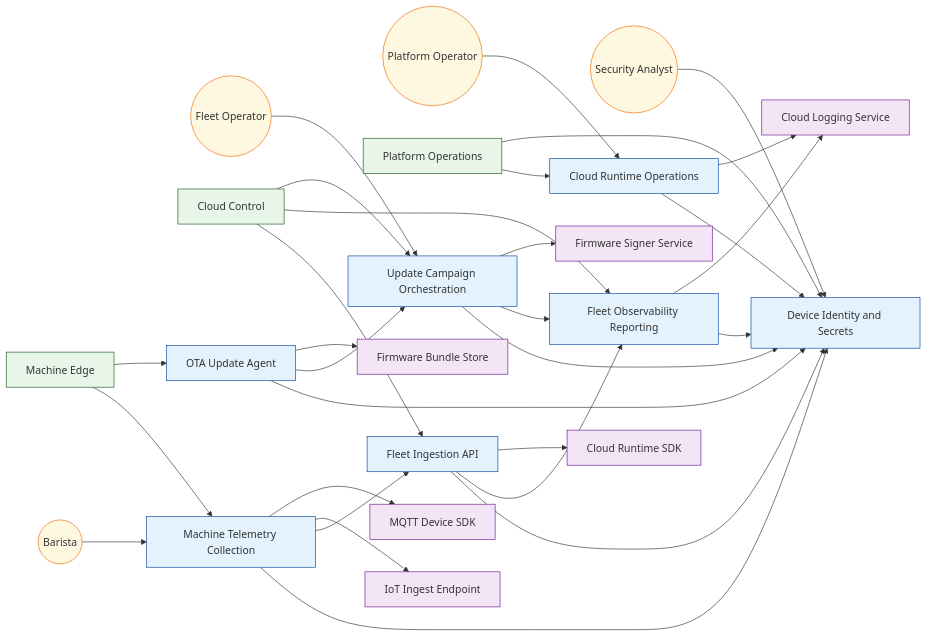
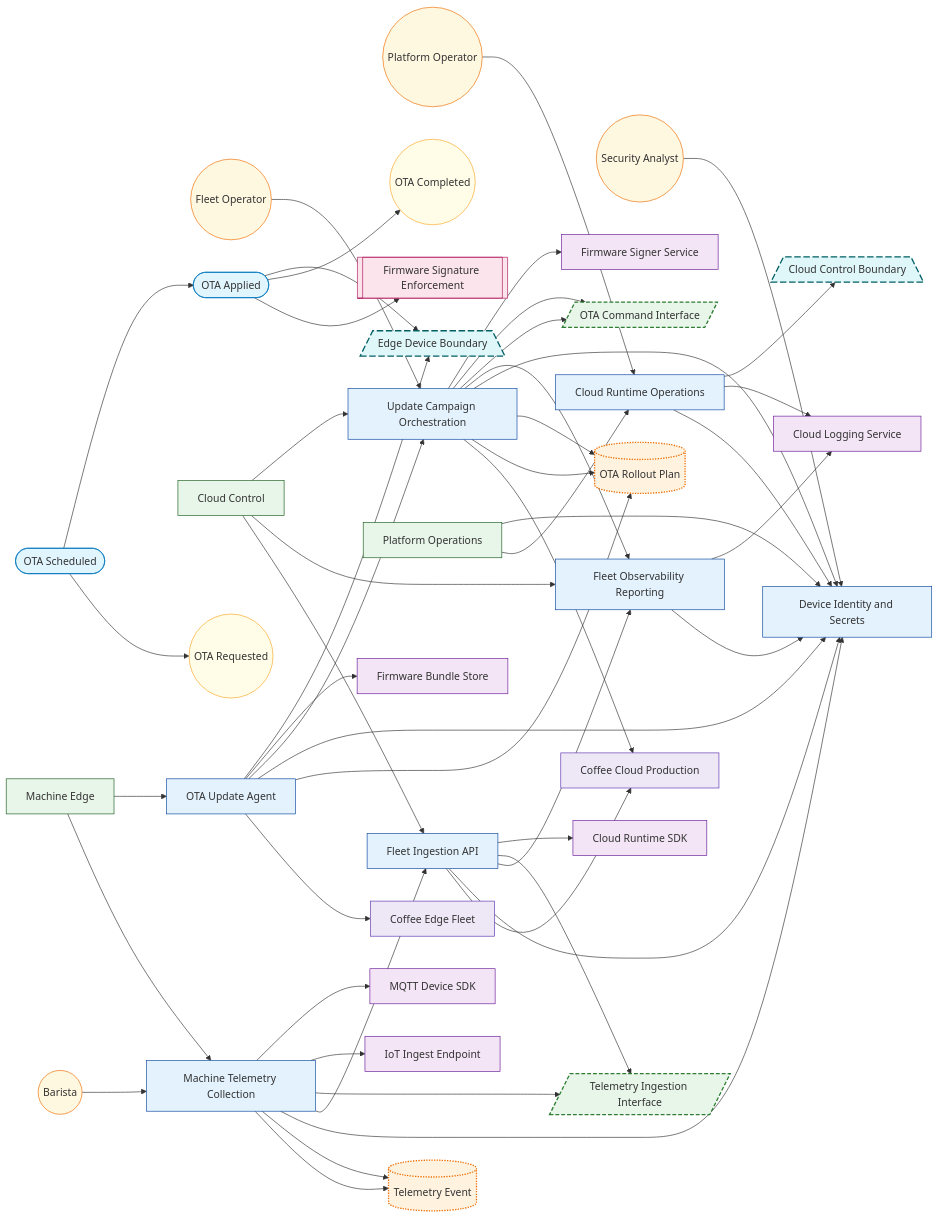
The diagram in examples/coffee-fleet-ota-cloud-sample/generated/VIEW-ARCHITECTURE-INTENT.mmd (labeth/engineering-model-go), drawn with Mermaid before and after one commit. The commit also changed 66 other files, not shown here.

```diff
--- a/examples/coffee-fleet-ota-cloud-sample/generated/VIEW-ARCHITECTURE-INTENT.mmd
+++ b/examples/coffee-fleet-ota-cloud-sample/generated/VIEW-ARCHITECTURE-INTENT.mmd
@@ -1,65 +1,97 @@
 flowchart LR
 %% view: VIEW-ARCHITECTURE-INTENT (architecture-intent)
 N_ACT_BARISTA(("Barista")):::actor
 N_ACT_FLEET_OPERATOR(("Fleet Operator")):::actor
 N_ACT_PLATFORM_OPERATOR(("Platform Operator")):::actor
 N_ACT_SECURITY_ANALYST(("Security Analyst")):::actor
+N_CTRL_COFFEE_FIRMWARE_SIGNATURE[["Firmware Signature Enforcement"]]:::control
+N_DO_COFFEE_OTA_PLAN[("OTA Rollout Plan")]:::data_object
+N_DO_COFFEE_TELEMETRY_EVENT[("Telemetry Event")]:::data_object
+N_DEP_COFFEE_CLOUD_PROD["Coffee Cloud Production"]:::deployment_target
+N_DEP_COFFEE_EDGE_FLEET["Coffee Edge Fleet"]:::deployment_target
+N_EVT_COFFEE_OTA_COMPLETED(("OTA Completed")):::event
+N_EVT_COFFEE_OTA_REQUESTED(("OTA Requested")):::event
 N_FG_CLOUD_CONTROL["Cloud Control"]:::functional_group
 N_FG_MACHINE_EDGE["Machine Edge"]:::functional_group
 N_FG_PLATFORM_OPERATIONS["Platform Operations"]:::functional_group
 N_FU_CLOUD_RUNTIME_OPERATIONS["Cloud Runtime Operations"]:::functional_unit
 N_FU_DEVICE_IDENTITY_SECRETS["Device Identity and Secrets"]:::functional_unit
 N_FU_FLEET_INGESTION_API["Fleet Ingestion API"]:::functional_unit
 N_FU_FLEET_OBSERVABILITY_REPORTING["Fleet Observability Reporting"]:::functional_unit
 N_FU_MACHINE_TELEMETRY_COLLECTION["Machine Telemetry Collection"]:::functional_unit
 N_FU_OTA_UPDATE_AGENT["OTA Update Agent"]:::functional_unit
 N_FU_UPDATE_CAMPAIGN_ORCHESTRATION["Update Campaign Orchestration"]:::functional_unit
+N_IF_COFFEE_OTA_COMMAND[/"OTA Command Interface"/]:::interface
+N_IF_COFFEE_TELEMETRY_INGEST[/"Telemetry Ingestion Interface"/]:::interface
 N_REF_CLOUD_LOGGING_SERVICE["Cloud Logging Service"]:::referenced_element
 N_REF_CLOUD_RUNTIME_SDK["Cloud Runtime SDK"]:::referenced_element
 N_REF_FIRMWARE_BUNDLE_STORE["Firmware Bundle Store"]:::referenced_element
 N_REF_FIRMWARE_SIGNER_SERVICE["Firmware Signer Service"]:::referenced_element
 N_REF_IOT_INGEST_ENDPOINT["IoT Ingest Endpoint"]:::referenced_element
 N_REF_MQTT_DEVICE_SDK["MQTT Device SDK"]:::referenced_element
+N_STATE_COFFEE_OTA_APPLIED(["OTA Applied"]):::state
+N_STATE_COFFEE_OTA_SCHEDULED(["OTA Scheduled"]):::state
+N_TB_COFFEE_CLOUD_CONTROL[/"Cloud Control Boundary"\]:::trust_boundary
+N_TB_COFFEE_EDGE_DEVICE[/"Edge Device Boundary"\]:::trust_boundary
 N_ACT_BARISTA --> N_FU_MACHINE_TELEMETRY_COLLECTION
 N_ACT_FLEET_OPERATOR --> N_FU_UPDATE_CAMPAIGN_ORCHESTRATION
 N_ACT_PLATFORM_OPERATOR --> N_FU_CLOUD_RUNTIME_OPERATIONS
 N_ACT_SECURITY_ANALYST --> N_FU_DEVICE_IDENTITY_SECRETS
 N_FG_CLOUD_CONTROL --> N_FU_FLEET_INGESTION_API
 N_FG_CLOUD_CONTROL --> N_FU_FLEET_OBSERVABILITY_REPORTING
 N_FG_CLOUD_CONTROL --> N_FU_UPDATE_CAMPAIGN_ORCHESTRATION
 N_FG_MACHINE_EDGE --> N_FU_MACHINE_TELEMETRY_COLLECTION
 N_FG_MACHINE_EDGE --> N_FU_OTA_UPDATE_AGENT
 N_FG_PLATFORM_OPERATIONS --> N_FU_CLOUD_RUNTIME_OPERATIONS
 N_FG_PLATFORM_OPERATIONS --> N_FU_DEVICE_IDENTITY_SECRETS
 N_FU_CLOUD_RUNTIME_OPERATIONS --> N_FU_DEVICE_IDENTITY_SECRETS
 N_FU_CLOUD_RUNTIME_OPERATIONS --> N_REF_CLOUD_LOGGING_SERVICE
+N_FU_CLOUD_RUNTIME_OPERATIONS --> N_TB_COFFEE_CLOUD_CONTROL
+N_FU_FLEET_INGESTION_API --> N_DEP_COFFEE_CLOUD_PROD
 N_FU_FLEET_INGESTION_API --> N_FU_DEVICE_IDENTITY_SECRETS
 N_FU_FLEET_INGESTION_API --> N_FU_FLEET_OBSERVABILITY_REPORTING
+N_FU_FLEET_INGESTION_API --> N_IF_COFFEE_TELEMETRY_INGEST
 N_FU_FLEET_INGESTION_API --> N_REF_CLOUD_RUNTIME_SDK
 N_FU_FLEET_OBSERVABILITY_REPORTING --> N_FU_DEVICE_IDENTITY_SECRETS
 N_FU_FLEET_OBSERVABILITY_REPORTING --> N_REF_CLOUD_LOGGING_SERVICE
+N_FU_MACHINE_TELEMETRY_COLLECTION --> N_DO_COFFEE_TELEMETRY_EVENT
+N_FU_MACHINE_TELEMETRY_COLLECTION --> N_DO_COFFEE_TELEMETRY_EVENT
 N_FU_MACHINE_TELEMETRY_COLLECTION --> N_FU_DEVICE_IDENTITY_SECRETS
 N_FU_MACHINE_TELEMETRY_COLLECTION --> N_FU_FLEET_INGESTION_API
+N_FU_MACHINE_TELEMETRY_COLLECTION --> N_IF_COFFEE_TELEMETRY_INGEST
 N_FU_MACHINE_TELEMETRY_COLLECTION --> N_REF_IOT_INGEST_ENDPOINT
 N_FU_MACHINE_TELEMETRY_COLLECTION --> N_REF_MQTT_DEVICE_SDK
+N_FU_OTA_UPDATE_AGENT --> N_DEP_COFFEE_EDGE_FLEET
+N_FU_OTA_UPDATE_AGENT --> N_DO_COFFEE_OTA_PLAN
 N_FU_OTA_UPDATE_AGENT --> N_FU_DEVICE_IDENTITY_SECRETS
 N_FU_OTA_UPDATE_AGENT --> N_FU_UPDATE_CAMPAIGN_ORCHESTRATION
 N_FU_OTA_UPDATE_AGENT --> N_REF_FIRMWARE_BUNDLE_STORE
+N_FU_OTA_UPDATE_AGENT --> N_TB_COFFEE_EDGE_DEVICE
+N_FU_UPDATE_CAMPAIGN_ORCHESTRATION --> N_DEP_COFFEE_CLOUD_PROD
+N_FU_UPDATE_CAMPAIGN_ORCHESTRATION --> N_DO_COFFEE_OTA_PLAN
+N_FU_UPDATE_CAMPAIGN_ORCHESTRATION --> N_DO_COFFEE_OTA_PLAN
 N_FU_UPDATE_CAMPAIGN_ORCHESTRATION --> N_FU_DEVICE_IDENTITY_SECRETS
 N_FU_UPDATE_CAMPAIGN_ORCHESTRATION --> N_FU_FLEET_OBSERVABILITY_REPORTING
+N_FU_UPDATE_CAMPAIGN_ORCHESTRATION --> N_IF_COFFEE_OTA_COMMAND
+N_FU_UPDATE_CAMPAIGN_ORCHESTRATION --> N_IF_COFFEE_OTA_COMMAND
 N_FU_UPDATE_CAMPAIGN_ORCHESTRATION --> N_REF_FIRMWARE_SIGNER_SERVICE
+N_STATE_COFFEE_OTA_APPLIED --> N_CTRL_COFFEE_FIRMWARE_SIGNATURE
+N_STATE_COFFEE_OTA_APPLIED --> N_EVT_COFFEE_OTA_COMPLETED
+N_STATE_COFFEE_OTA_APPLIED --> N_TB_COFFEE_EDGE_DEVICE
+N_STATE_COFFEE_OTA_SCHEDULED --> N_EVT_COFFEE_OTA_REQUESTED
+N_STATE_COFFEE_OTA_SCHEDULED --> N_STATE_COFFEE_OTA_APPLIED
 classDef functional_group fill:#e8f5e9,stroke:#1b5e20,stroke-width:1px;
 classDef functional_unit fill:#e3f2fd,stroke:#0d47a1,stroke-width:1px;
 classDef actor fill:#fff8e1,stroke:#ef6c00,stroke-width:1px;
 classDef attack_vector fill:#ffebee,stroke:#b71c1c,stroke-width:1px;
 classDef referenced_element fill:#f3e5f5,stroke:#6a1b9a,stroke-width:1px;
-classDef interface fill:#e8f5e9,stroke:#2e7d32,stroke-width:1px;
-classDef data_object fill:#fff3e0,stroke:#ef6c00,stroke-width:1px;
+classDef interface fill:#e8f5e9,stroke:#2e7d32,stroke-width:2px,stroke-dasharray: 6 3;
+classDef data_object fill:#fff3e0,stroke:#ef6c00,stroke-width:2px,stroke-dasharray: 2 2;
 classDef deployment_target fill:#ede7f6,stroke:#5e35b1,stroke-width:1px;
 classDef control fill:#fce4ec,stroke:#ad1457,stroke-width:1px;
-classDef trust_boundary fill:#e0f7fa,stroke:#006064,stroke-width:1px;
+classDef trust_boundary fill:#e0f7fa,stroke:#006064,stroke-width:2px,stroke-dasharray: 10 4;
 classDef state fill:#e1f5fe,stroke:#0277bd,stroke-width:1px;
 classDef event fill:#fffde7,stroke:#f9a825,stroke-width:1px;
-classDef flow fill:#ede7f6,stroke:#4527a0,stroke-width:1px;
-classDef flow_step fill:#f1f8e9,stroke:#33691e,stroke-width:1px;
+classDef flow fill:#ede7f6,stroke:#4527a0,stroke-width:2px;
+classDef flow_step fill:#f1f8e9,stroke:#33691e,stroke-width:2px;
 classDef unknown fill:#ffffff,stroke:#adb5bd,stroke-width:1px;
```
